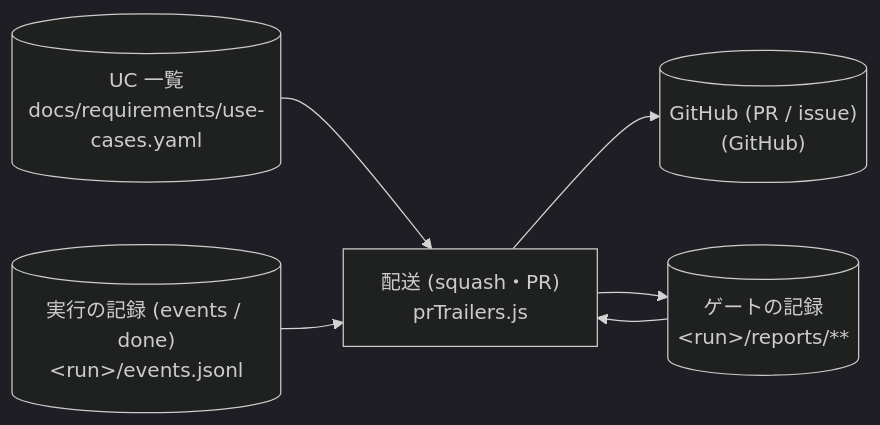
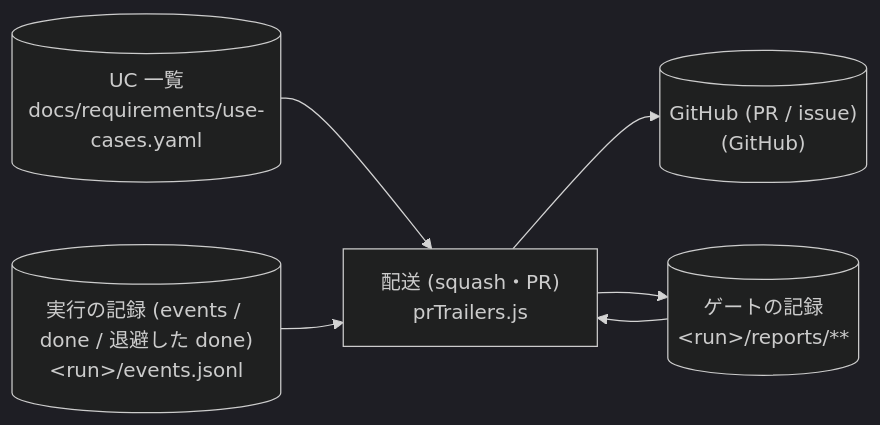
One commit to suwa-sh/suwa-sh-claude-plugins changed diagram 35 of 35 in plugins/distillery2/skills/d2-common/references/dataflow.md. Above: the diagram before and after it, drawn with Mermaid (dark theme). The commit also changed other lines of this file and 9 other files, not shown here.

First line of the commit message:
fix(distillery2): C4 図の basis に契約を記録し、integrate へ戻すとき findings も退避する

````diff
--- a/plugins/distillery2/skills/d2-common/references/dataflow.md
+++ b/plugins/distillery2/skills/d2-common/references/dataflow.md
@@ -841,13 +841,13 @@
 ```mermaid
 flowchart LR
   p_run_uc_deliver["配送 (squash・PR)<br/>prTrailers.js"]
   s_use_cases[("UC 一覧<br/>docs/requirements/use-cases.yaml")]
   s_reports[("ゲートの記録<br/>#lt;run#gt;/reports/**")]
-  s_run_events[("実行の記録 (events / done)<br/>#lt;run#gt;/events.jsonl")]
+  s_run_events[("実行の記録 (events / done / 退避した done)<br/>#lt;run#gt;/events.jsonl")]
   s_github[("GitHub (PR / issue)<br/>(GitHub)")]
   s_use_cases --> p_run_uc_deliver
   s_reports --> p_run_uc_deliver
   s_run_events --> p_run_uc_deliver
   p_run_uc_deliver --> s_github
   p_run_uc_deliver --> s_reports
 ```
````
